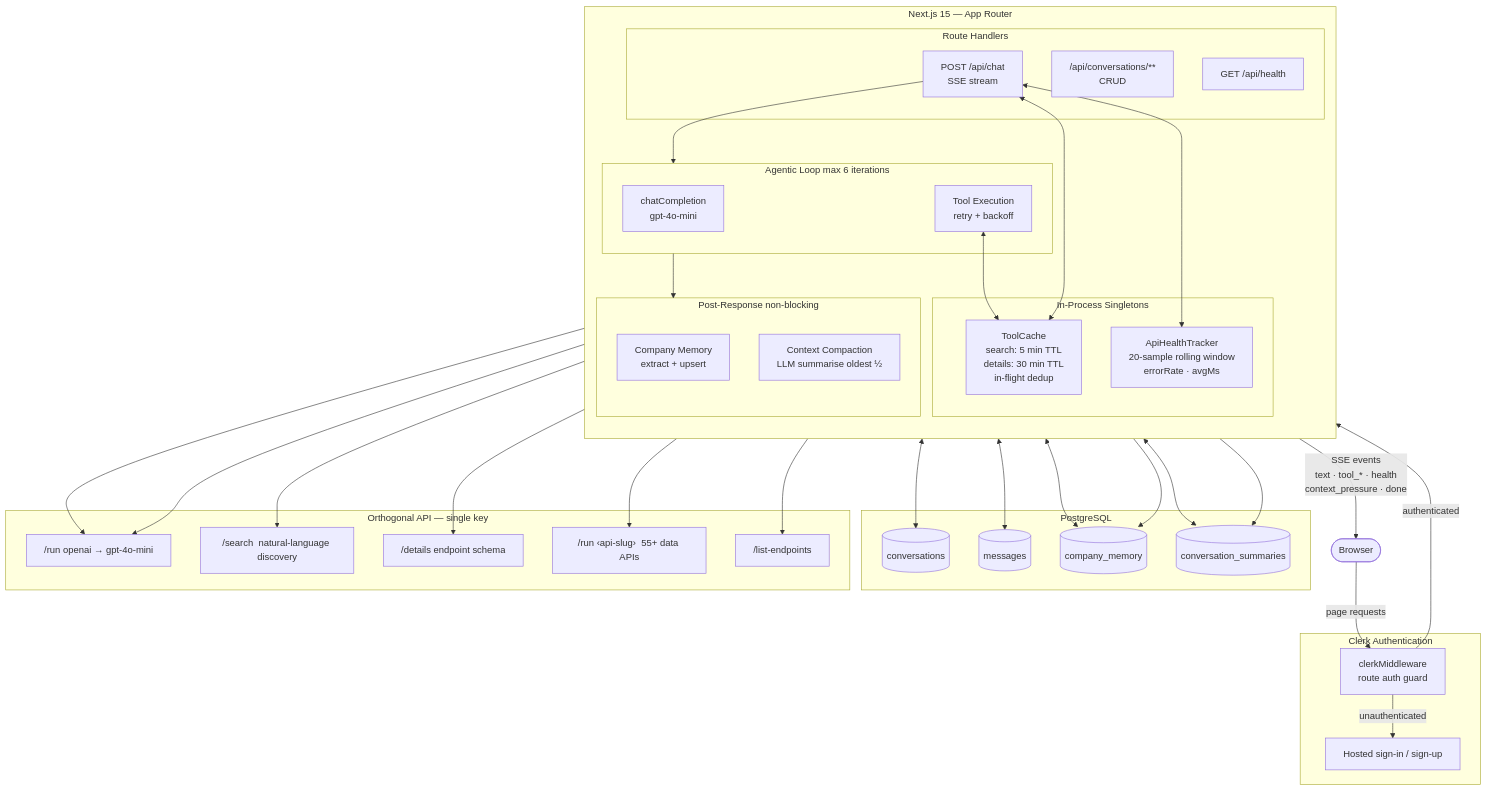
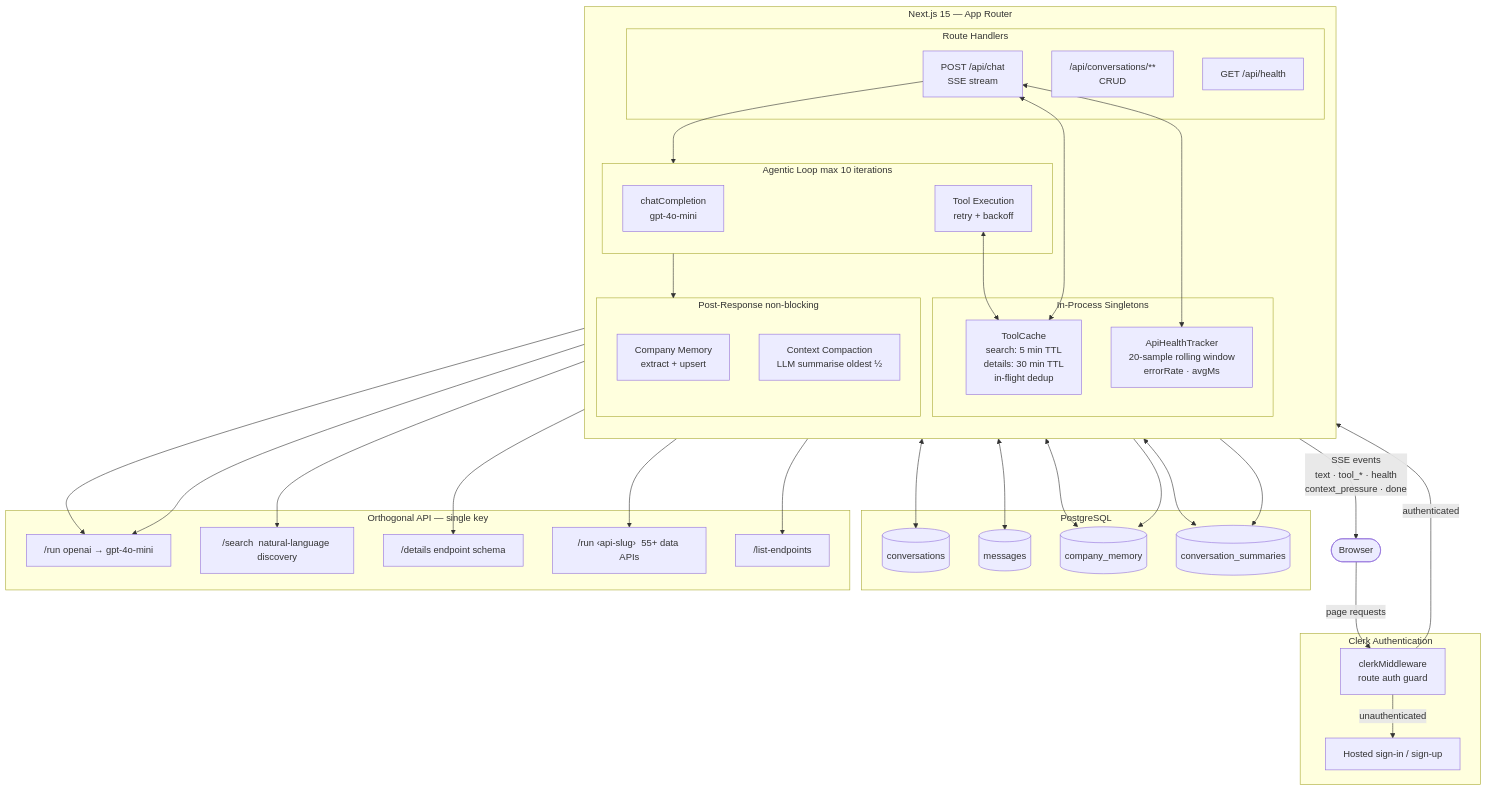
Before and after one commit to dianakang/orthogonal-chat: the diagram in README.md, drawn with Mermaid. The commit also changed other lines of this file and 1 other file, not shown here.

````diff
--- a/README.md
+++ b/README.md
@@ -92,67 +92,67 @@
 ```mermaid
 flowchart TD
     Browser(["Browser"])
 
     subgraph Auth["Clerk Authentication"]
         MW["clerkMiddleware\nroute auth guard"]
         ClerkUI["Hosted sign-in / sign-up"]
     end
 
     subgraph App["Next.js 15  —  App Router"]
         direction TB
 
         subgraph Routes["Route Handlers"]
             ChatRoute["POST /api/chat\nSSE stream"]
             ConvRoutes["/api/conversations/**\nCRUD"]
             HealthRoute["GET /api/health"]
         end
 
         subgraph Singletons["In-Process Singletons"]
             TC["ToolCache\nsearch: 5 min TTL\ndetails: 30 min TTL\nin-flight dedup"]
             AH["ApiHealthTracker\n20-sample rolling window\nerrorRate · avgMs"]
         end
 
-        subgraph Loop["Agentic Loop  max 6 iterations"]
+        subgraph Loop["Agentic Loop  max 10 iterations"]
             LLM["chatCompletion\ngpt-4o-mini"]
             Tools["Tool Execution\nretry + backoff"]
         end
 
         subgraph BG["Post-Response  non-blocking"]
             CMem["Company Memory\nextract + upsert"]
             Compact["Context Compaction\nLLM summarise oldest ½"]
         end
     end
 
     subgraph PG["PostgreSQL"]
         T1[("conversations")]
         T2[("messages")]
         T3[("company_memory")]
         T4[("conversation_summaries")]
     end
 
     subgraph Orth["Orthogonal API  —  single key"]
         O1["/run openai → gpt-4o-mini"]
         O2["/search  natural-language discovery"]
         O3["/details  endpoint schema"]
         O4["/run ‹api-slug›  55+ data APIs"]
         O5["/list-endpoints"]
     end
 
     Browser -- "page requests" --> MW
     MW -- "unauthenticated" --> ClerkUI
     MW -- "authenticated" --> Routes
     ChatRoute -- "SSE events\ntext · tool_* · health\ncontext_pressure · done" --> Browser
 
     ChatRoute <--> TC & AH
     ChatRoute <--> T1 & T2 & T3 & T4
     ChatRoute --> Loop
     Loop --> BG
 
     LLM --> O1
     Tools <--> TC
     TC --> O2 & O3
     Tools --> O4 & O5
 
     BG --> T3 & T4
     Compact --> O1
 ```
````
